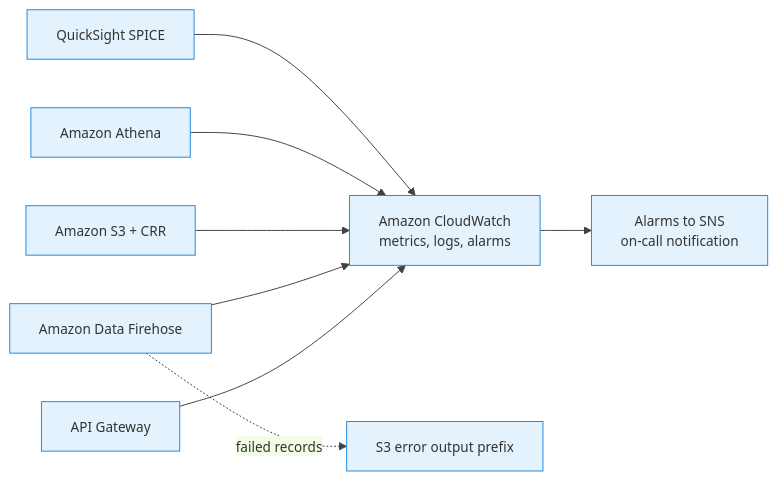
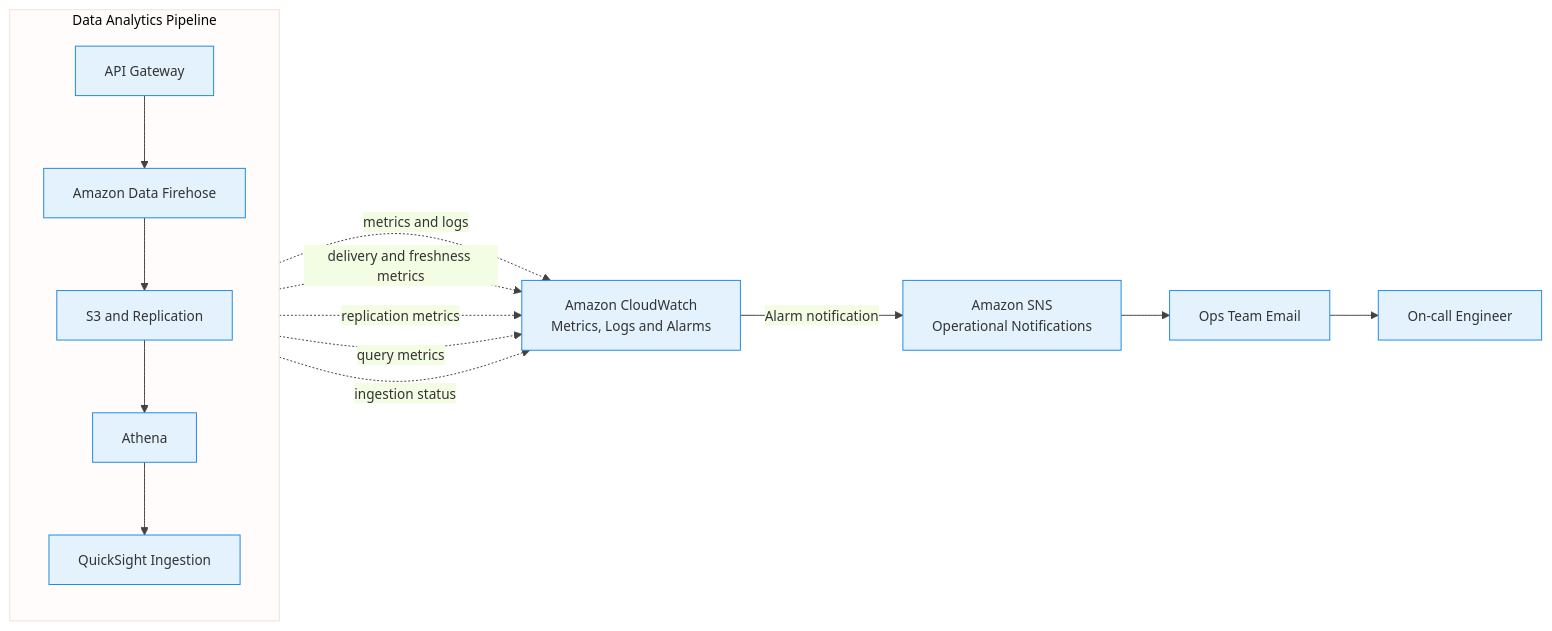
Diagram 14 of 18 in aws_architecting_solutions/11-serverless-data-analytics.qmd (senthilkumarm1901/learn_by_blogging), drawn with Mermaid before and after one commit. The commit also changed other lines of this file and 5 other files, not shown here.

Commit message:
updates to mermaid diagrams

````diff
--- a/aws_architecting_solutions/11-serverless-data-analytics.qmd
+++ b/aws_architecting_solutions/11-serverless-data-analytics.qmd
@@ -368,11 +429,25 @@
 ```{mermaid}
 %%{init: {'theme': 'base', 'themeVariables': {'primaryColor': '#E3F2FD', 'primaryBorderColor': '#1E88E5', 'lineColor': '#424242', 'fontSize': '14px'}}}%%
 flowchart LR
-    AG["API Gateway"] --> CW["Amazon CloudWatch<br>metrics, logs, alarms"]
-    KDF["Amazon Data Firehose"] --> CW
-    S3["Amazon S3 + CRR"] --> CW
-    ATH["Amazon Athena"] --> CW
-    QS["QuickSight SPICE"] --> CW
-    KDF -.->|"failed records"| ERR["S3 error output prefix"]
-    CW --> AL["Alarms to SNS<br>on-call notification"]
+    subgraph PIPE["Data Analytics Pipeline"]
+        direction TD
+        API["API Gateway"]
+        FH["Amazon Data Firehose"]
+        S3["S3 and Replication"]
+        ATH["Athena"]
+        QS["QuickSight Ingestion"]
+        API --> FH --> S3 --> ATH --> QS
+    end
+
+    CW["Amazon CloudWatch<br/>Metrics, Logs and Alarms"]
+    SNS["Amazon SNS<br/>Operational Notifications"]
+
+    API -.->|"metrics and logs"| CW
+    FH -.->|"delivery and freshness metrics"| CW
+    S3 -.->|"replication metrics"| CW
+    ATH -.->|"query metrics"| CW
+    QS -.->|"ingestion status"| CW
+
+    CW -->|"Alarm notification"| SNS
+    SNS --> TE["Ops Team Email"] --> OE["On-call Engineer"]
 ```
````
